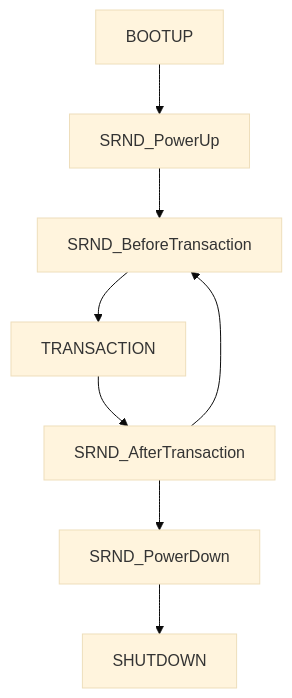
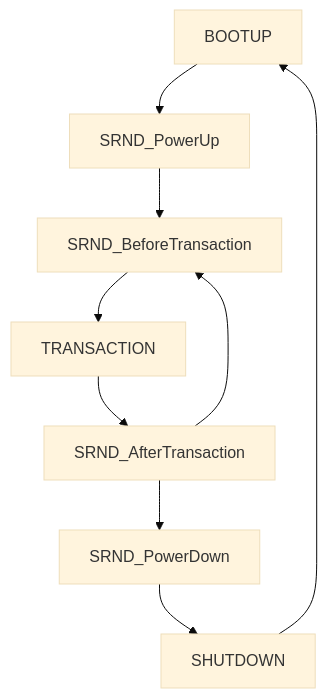
Before and after one commit to diffstorm/SRND: the diagram in Readme.md, drawn with Mermaid (base theme). The commit also changed other lines of this file, not shown here.

````diff
--- a/Readme.md
+++ b/Readme.md
@@ -93,10 +93,11 @@
 ```mermaid
 graph TD;
     BOOTUP-->SRND_PowerUp;
     SRND_PowerUp-->SRND_BeforeTransaction;
     SRND_BeforeTransaction-->TRANSACTION;
     TRANSACTION-->SRND_AfterTransaction;
     SRND_AfterTransaction-->SRND_BeforeTransaction;
     SRND_AfterTransaction-->SRND_PowerDown;
     SRND_PowerDown-->SHUTDOWN;
+	SHUTDOWN-->BOOTUP;
 ```
````
